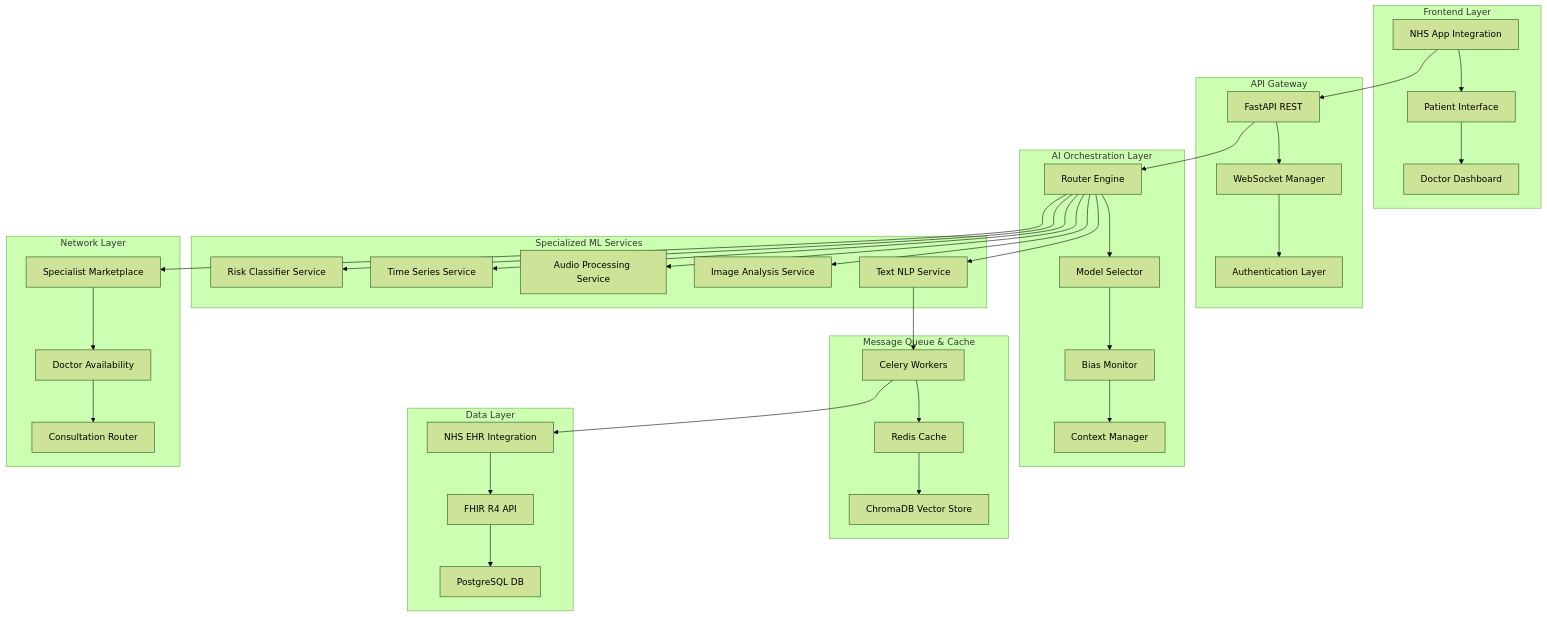
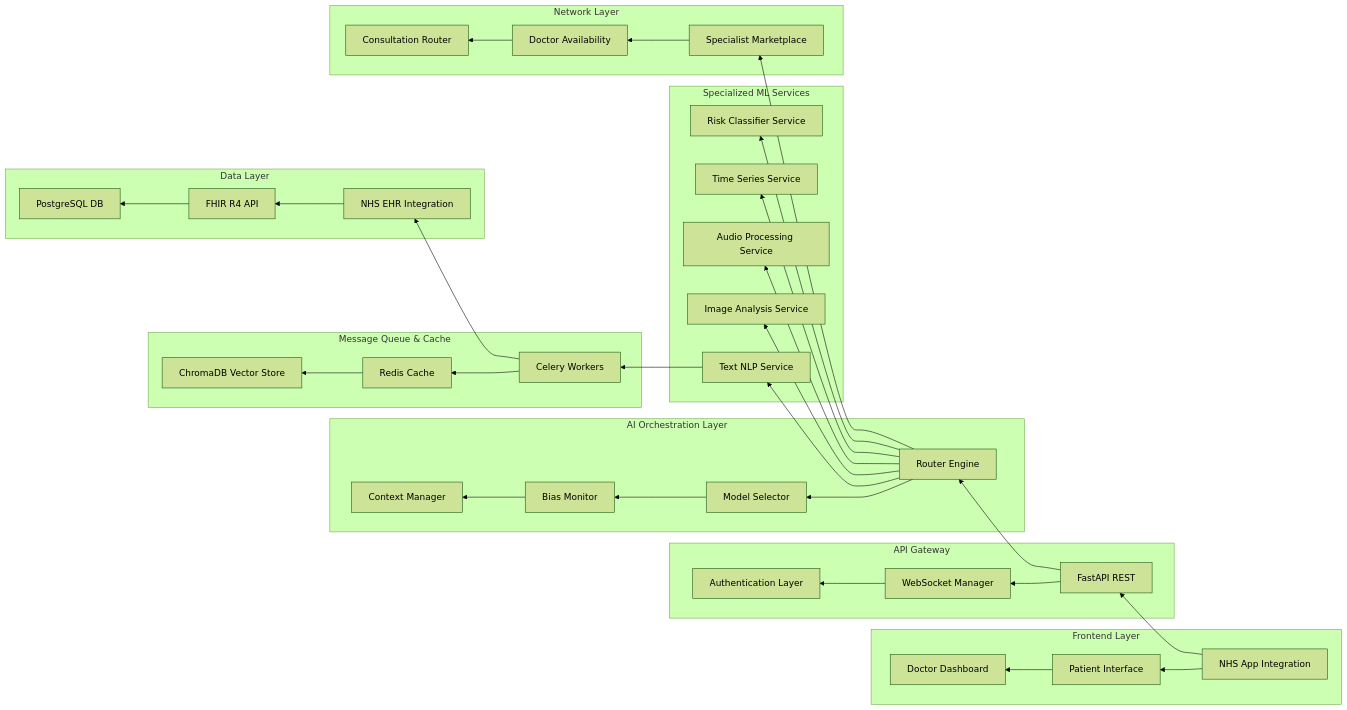
The diagram in 🏥 Fairdoc AI - Intelligent Healthcare Triage & Net.md (hr1juldey/FairWorks_FairDOC), drawn with Mermaid (forest theme) before and after one commit. The commit also changed other lines of this file, not shown here.

Commit message:
reorganised the architecture charts

````diff
--- a/🏥 Fairdoc AI - Intelligent Healthcare Triage & Net.md
+++ b/🏥 Fairdoc AI - Intelligent Healthcare Triage & Net.md
@@ -43,48 +43,48 @@
 ```mermaid
-graph TB
+graph RL
     subgraph "Frontend Layer"
         A[NHS App Integration] --> B[Patient Interface]
         B --> C[Doctor Dashboard]
     end
     
     subgraph "API Gateway"
         D[FastAPI REST] --> E[WebSocket Manager]
         E --> F[Authentication Layer]
     end
     
     subgraph "AI Orchestration Layer"
         G[Router Engine] --> H[Model Selector]
         H --> I[Bias Monitor]
         I --> J[Context Manager]
     end
     
     subgraph "Specialized ML Services"
         K[Text NLP Service]
         L[Image Analysis Service]
         M[Audio Processing Service]
         N[Time Series Service]
         O[Risk Classifier Service]
     end
     
     subgraph "Message Queue & Cache"
         P[Celery Workers] --> Q[Redis Cache]
         Q --> R[ChromaDB Vector Store]
     end
     
     subgraph "Data Layer"
         S[NHS EHR Integration] --> T[FHIR R4 API]
         T --> U[PostgreSQL DB]
     end
     
     subgraph "Network Layer"
         V[Specialist Marketplace] --> W[Doctor Availability]
         W --> X[Consultation Router]
     end
     
     A --> D
     D --> G
     G --> K & L & M & N & O
     K --> P
     G --> V
     P --> S
 ```
````
